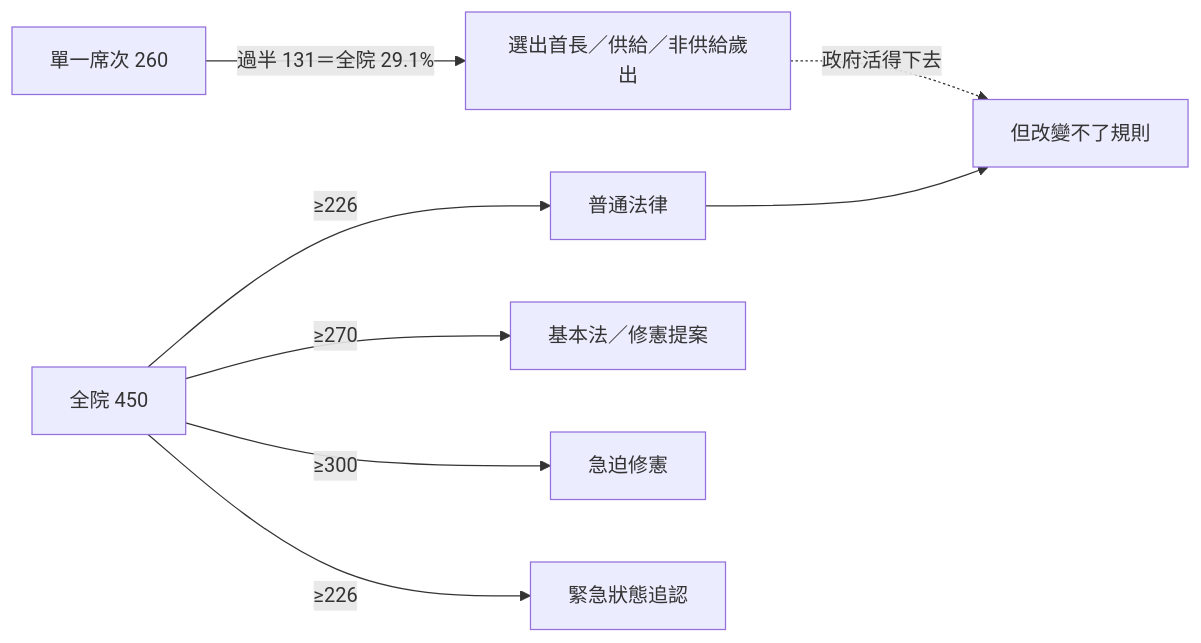
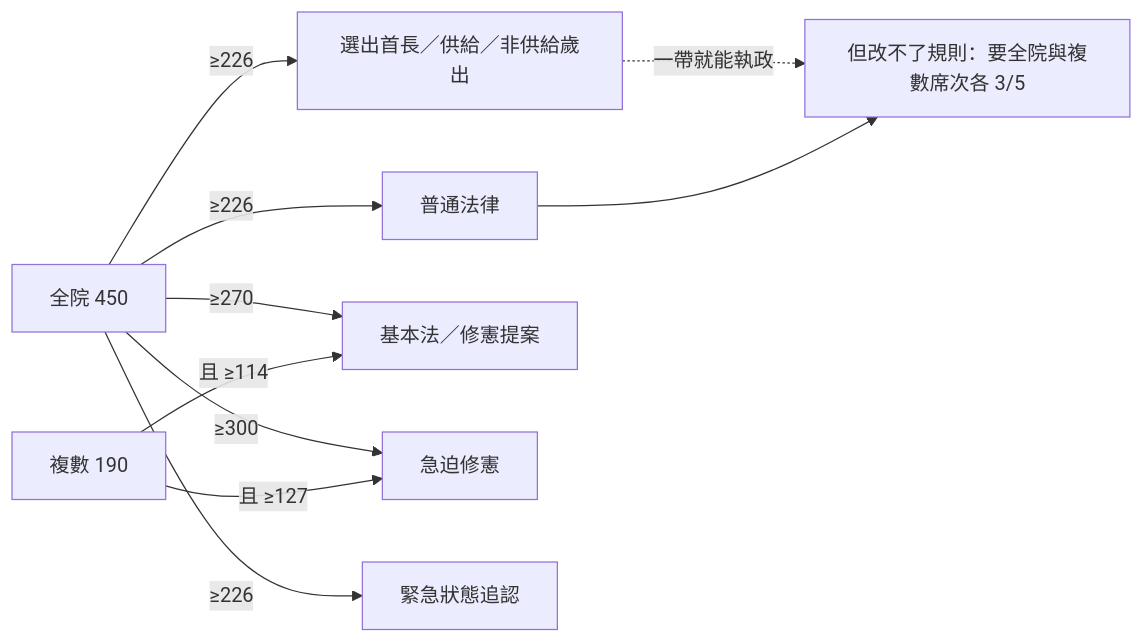
Before and after one commit to IRonROOT578/Political-Economy-Research-Public: the fifth of 11 diagrams in topics/regime-designs/designs/中國/一院議會制/憲政架構圖.md, drawn with Mermaid. The commit also changed other lines of this file and 241 other files, not shown here.

````diff
--- a/topics/regime-designs/designs/中國/一院議會制/憲政架構圖.md
+++ b/topics/regime-designs/designs/中國/一院議會制/憲政架構圖.md
@@ -71,10 +70,12 @@
 ```mermaid
 flowchart LR
-  SMD[單一席次 260] -->|過半 131＝全院 29.1%| Money[選出首長／供給／非供給歲出]
-  All[全院 450] -->|≥226| LawT[普通法律]
+  All[全院 450] -->|≥226| Money[選出首長／供給／非供給歲出]
+  All -->|≥226| LawT[普通法律]
   All -->|≥270| Basic[基本法／修憲提案]
   All -->|≥300| Urgent[急迫修憲]
+  PR[複數 190] -->|且 ≥114| Basic
+  PR -->|且 ≥127| Urgent
   All -->|≥226| Emerg[緊急狀態追認]
-  Money -.->|政府活得下去| Note[但改變不了規則]
+  Money -.->|一帶就能執政| Note[但改不了規則：要全院與複數席次各 3/5]
   LawT --> Note
 ```
````
